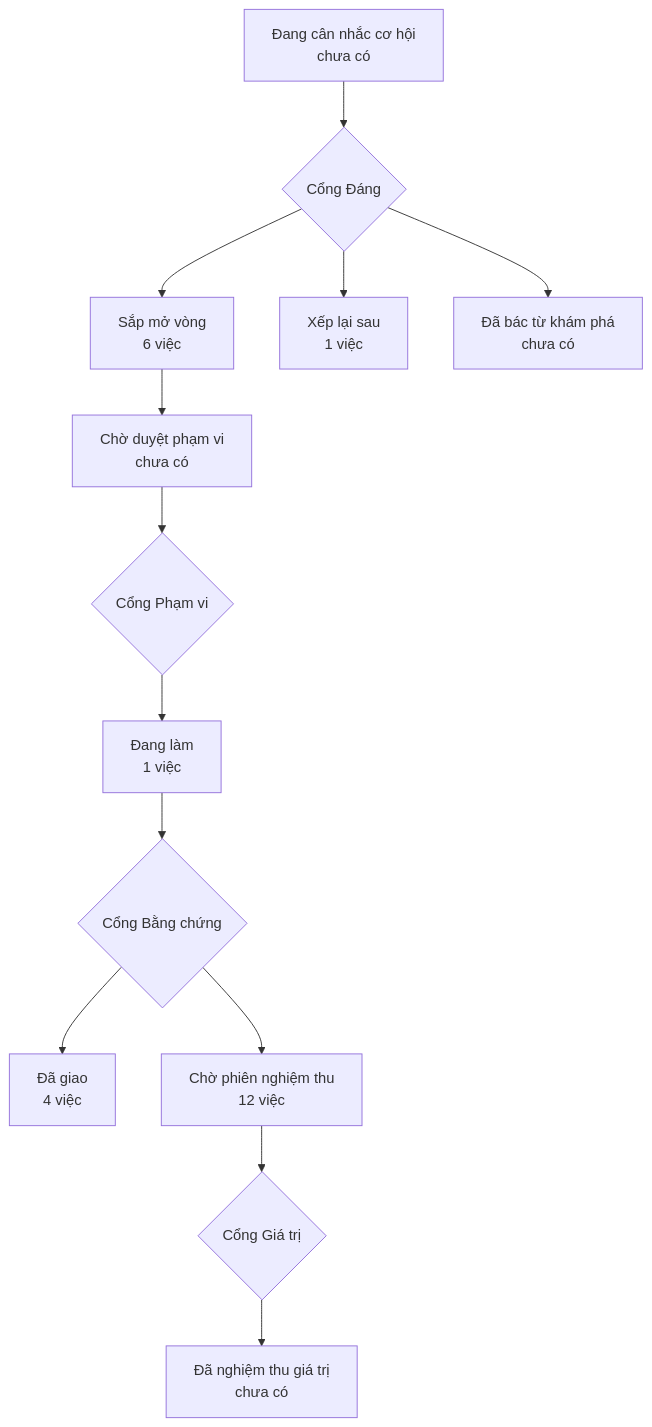
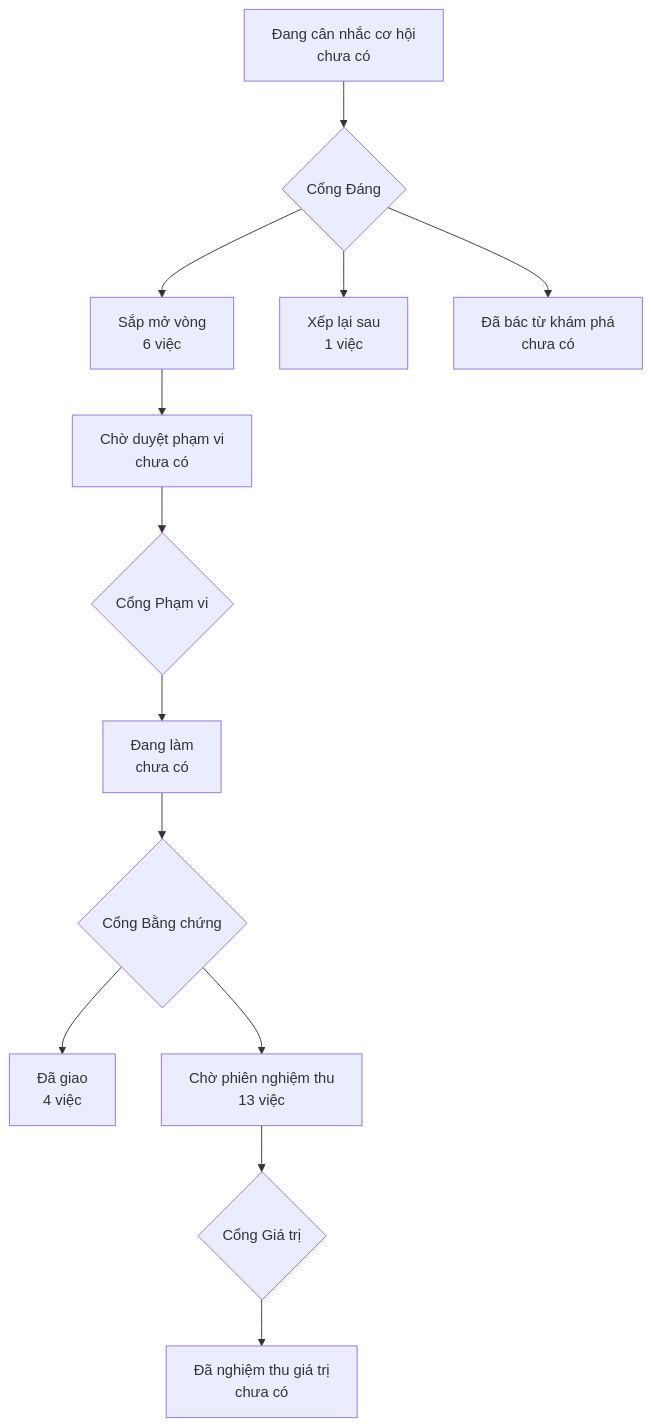
One commit to phanlemanh/onehub-quy-hang changed the diagram in PRODUCT-MAP.md. Above: the diagram before and after it, drawn with Mermaid. The commit also changed other lines of this file and 4 other files, not shown here.

````diff
--- a/PRODUCT-MAP.md
+++ b/PRODUCT-MAP.md
@@ -7,12 +7,12 @@
 ```mermaid
 flowchart TD
   A["Đang cân nhắc cơ hội<br/>chưa có"] --> GD{"Cổng Đáng"}
   GD --> B["Sắp mở vòng<br/>6 việc"]
   GD --> XL["Xếp lại sau<br/>1 việc"]
   GD --> DB["Đã bác từ khám phá<br/>chưa có"]
   B --> CD["Chờ duyệt phạm vi<br/>chưa có"] --> GP{"Cổng Phạm vi"}
-  GP --> DL["Đang làm<br/>1 việc"] --> GB{"Cổng Bằng chứng"}
+  GP --> DL["Đang làm<br/>chưa có"] --> GB{"Cổng Bằng chứng"}
   GB --> DG["Đã giao<br/>4 việc"]
-  GB --> CN["Chờ phiên nghiệm thu<br/>12 việc"] --> GG{"Cổng Giá trị"}
+  GB --> CN["Chờ phiên nghiệm thu<br/>13 việc"] --> GG{"Cổng Giá trị"}
   GG --> NT["Đã nghiệm thu giá trị<br/>chưa có"]
 ```
````
